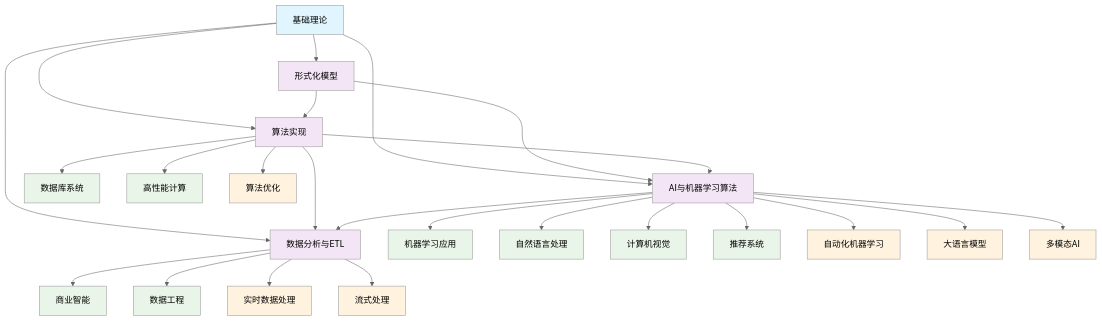
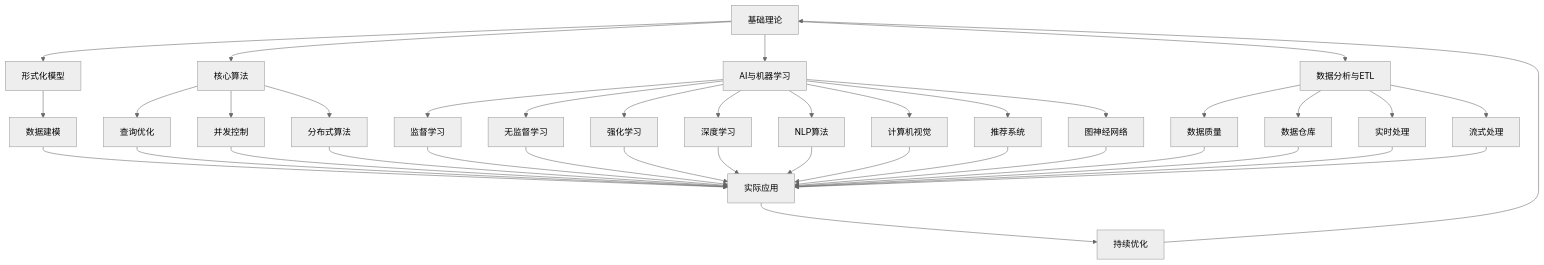
Before and after one commit to AdaMartin18010/Data-Science: the diagram in Analysis/3-数据模型与算法/README.md, drawn with Mermaid (neutral theme). The commit also changed other lines of this file and 11 other files, not shown here.

````diff
--- a/Analysis/3-数据模型与算法/README.md
+++ b/Analysis/3-数据模型与算法/README.md
@@ -54,46 +64,46 @@
 ```mermaid
 graph TB
-    %% 基础层
-    Foundation[基础理论] --> Formal[形式化模型]
-    Foundation --> Algorithm[算法实现]
-    Foundation --> AI[AI与机器学习算法]
-    Foundation --> ETL[数据分析与ETL]
+    A[基础理论] --> B[形式化模型]
+    A --> C[核心算法]
+    A --> D[AI与机器学习]
+    A --> E[数据分析与ETL]
     
-    %% 理论层交互
-    Formal --> Algorithm
-    Formal --> AI
-    Algorithm --> AI
-    Algorithm --> ETL
-    AI --> ETL
+    B --> F[数据建模]
+    C --> G[查询优化]
+    C --> H[并发控制]
+    C --> I[分布式算法]
     
-    %% 应用层
-    Algorithm --> Database[数据库系统]
-    Algorithm --> HighPerf[高性能计算]
-    AI --> ML[机器学习应用]
-    AI --> NLP[自然语言处理]
-    AI --> CV[计算机视觉]
-    AI --> RecSys[推荐系统]
-    ETL --> BI[商业智能]
-    ETL --> DataEng[数据工程]
+    D --> J[监督学习]
+    D --> K[无监督学习]
+    D --> L[强化学习]
+    D --> M[深度学习]
+    D --> N[NLP算法]
+    D --> O[计算机视觉]
+    D --> P[推荐系统]
+    D --> Q[图神经网络]
     
-    %% 交叉领域
-    AI --> AutoML[自动化机器学习]
-    ETL --> RealTime[实时数据处理]
-    Algorithm --> Optimization[算法优化]
+    E --> R[数据质量]
+    E --> S[数据仓库]
+    E --> T[实时处理]
+    E --> U[流式处理]
     
-    %% 新兴技术
-    AI --> LLM[大语言模型]
-    AI --> Multimodal[多模态AI]
-    ETL --> Streaming[流式处理]
+    F --> V[实际应用]
+    G --> V
+    H --> V
+    I --> V
+    J --> V
+    K --> V
+    L --> V
+    M --> V
+    N --> V
+    O --> V
+    P --> V
+    Q --> V
+    R --> V
+    S --> V
+    T --> V
+    U --> V
     
-    %% 样式
-    classDef foundation fill:#e1f5fe
-    classDef core fill:#f3e5f5
-    classDef application fill:#e8f5e8
-    classDef emerging fill:#fff3e0
-    
-    class Foundation foundation
-    class Formal,Algorithm,AI,ETL core
-    class Database,HighPerf,ML,NLP,CV,RecSys,BI,DataEng application
-    class AutoML,RealTime,Optimization,LLM,Multimodal,Streaming emerging
+    V --> W[持续优化]
+    W --> A
 ```
````
